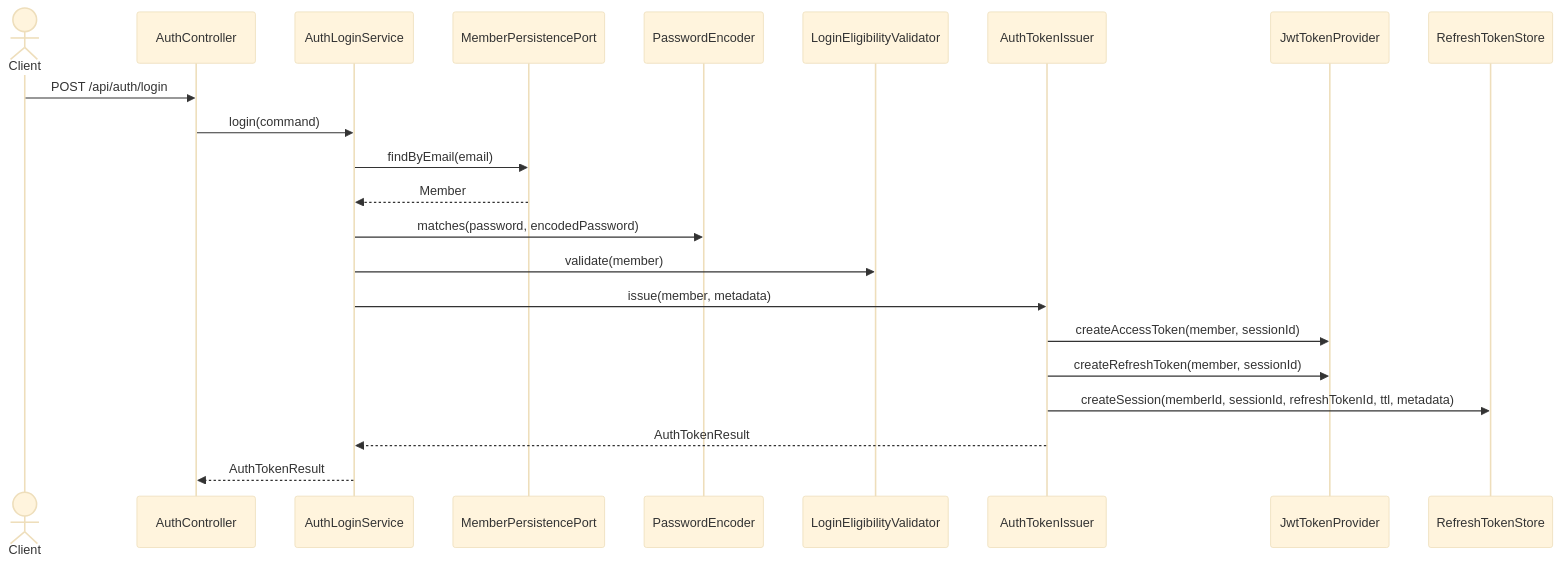
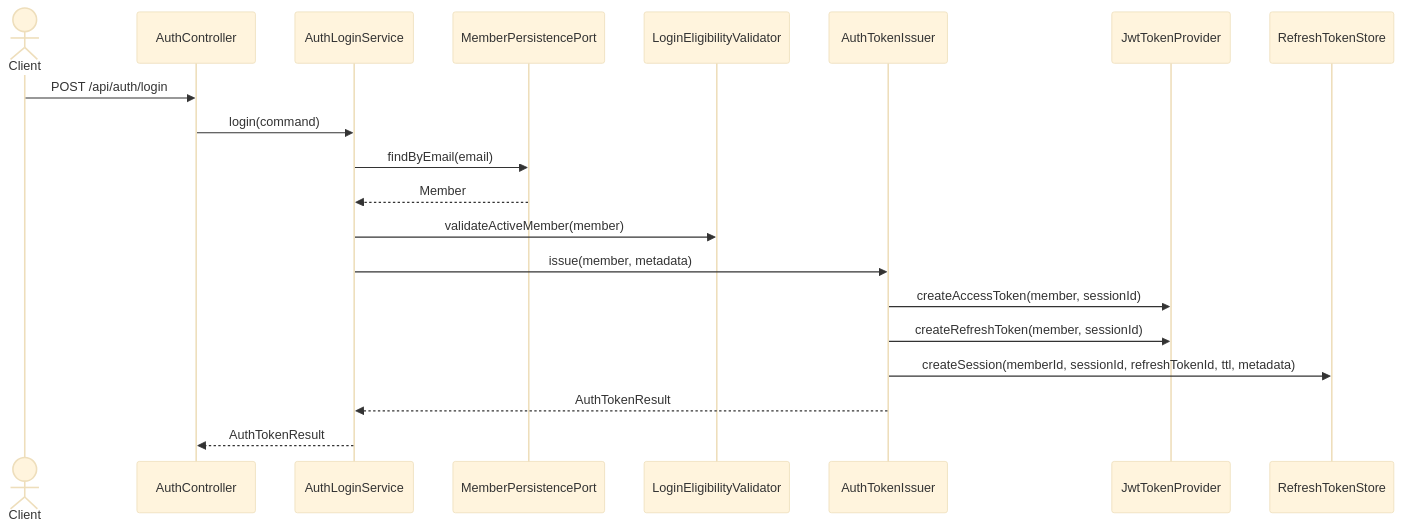
One commit to sihoney/GoodsMall_BE changed the first of 3 diagrams in docs/service/member/auth.md. Above: the diagram before and after it, drawn with Mermaid (base theme). The commit also changed other lines of this file, not shown here.

First line of the commit message:
docs: member 인증 문서를 최신 구조에 맞게 갱신한다

````diff
--- a/docs/service/member/auth.md
+++ b/docs/service/member/auth.md
@@ -254,25 +123,23 @@
 ```mermaid
 sequenceDiagram
     actor Client
     participant Controller as AuthController
     participant Login as AuthLoginService
     participant MemberRepo as MemberPersistencePort
-    participant Encoder as PasswordEncoder
     participant Eligibility as LoginEligibilityValidator
     participant Issuer as AuthTokenIssuer
     participant Jwt as JwtTokenProvider
     participant Redis as RefreshTokenStore
 
     Client->>Controller: POST /api/auth/login
     Controller->>Login: login(command)
     Login->>MemberRepo: findByEmail(email)
     MemberRepo-->>Login: Member
-    Login->>Encoder: matches(password, encodedPassword)
-    Login->>Eligibility: validate(member)
+    Login->>Eligibility: validateActiveMember(member)
     Login->>Issuer: issue(member, metadata)
     Issuer->>Jwt: createAccessToken(member, sessionId)
     Issuer->>Jwt: createRefreshToken(member, sessionId)
     Issuer->>Redis: createSession(memberId, sessionId, refreshTokenId, ttl, metadata)
     Issuer-->>Login: AuthTokenResult
     Login-->>Controller: AuthTokenResult
 ```
````
